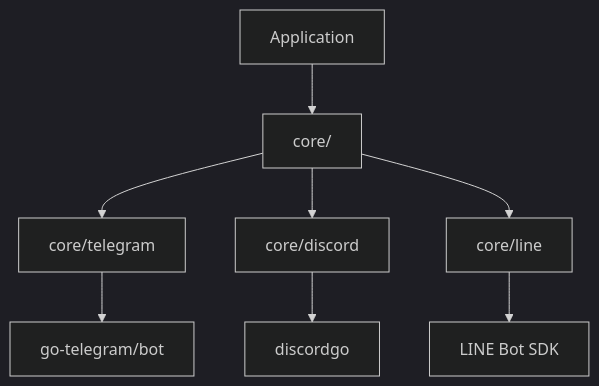
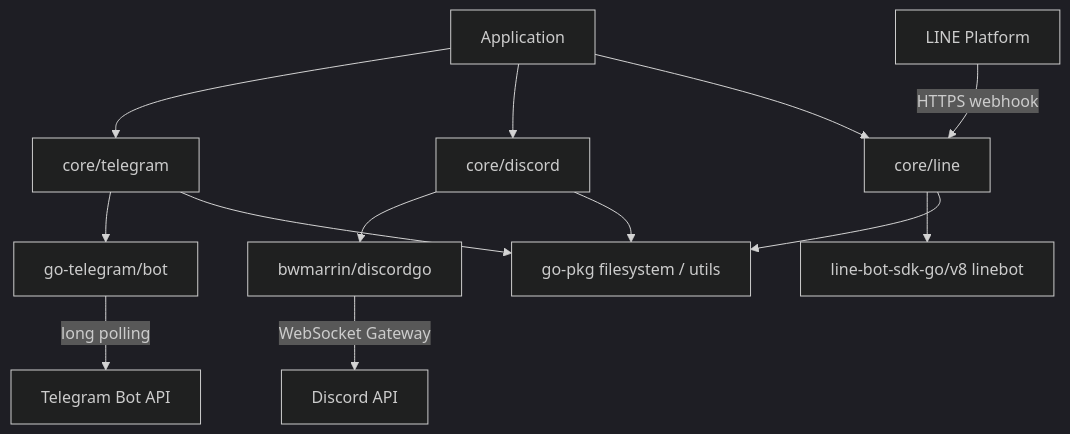
One commit to pardnchiu/go-bot changed the first of 7 diagrams in doc/architecture.md. Above: the diagram before and after it, drawn with Mermaid (dark theme). The commit also changed other lines of this file and 5 other files, not shown here.

````diff
--- a/doc/architecture.md
+++ b/doc/architecture.md
@@ -9,10 +9,15 @@
 ```mermaid
 graph TB
-    Client[Application] --> Core[core/]
-    Core --> Telegram[core/telegram]
-    Core --> Discord[core/discord]
-    Core --> Line[core/line]
-    Telegram --> TGSDK[go-telegram/bot]
-    Discord --> DGSDK[discordgo]
-    Line --> LNSDK[LINE Bot SDK]
+    App[Application] --> TG[core/telegram]
+    App --> DC[core/discord]
+    App --> LN[core/line]
+    TG --> TGSDK[go-telegram/bot]
+    DC --> DGSDK[bwmarrin/discordgo]
+    LN --> LNSDK[line-bot-sdk-go/v8 linebot]
+    TG --> PKG[go-pkg filesystem / utils]
+    DC --> PKG
+    LN --> PKG
+    TGSDK -->|long polling| TelegramAPI[Telegram Bot API]
+    DGSDK -->|WebSocket Gateway| DiscordAPI[Discord API]
+    LineAPI[LINE Platform] -->|HTTPS webhook| LN
 ```
````
